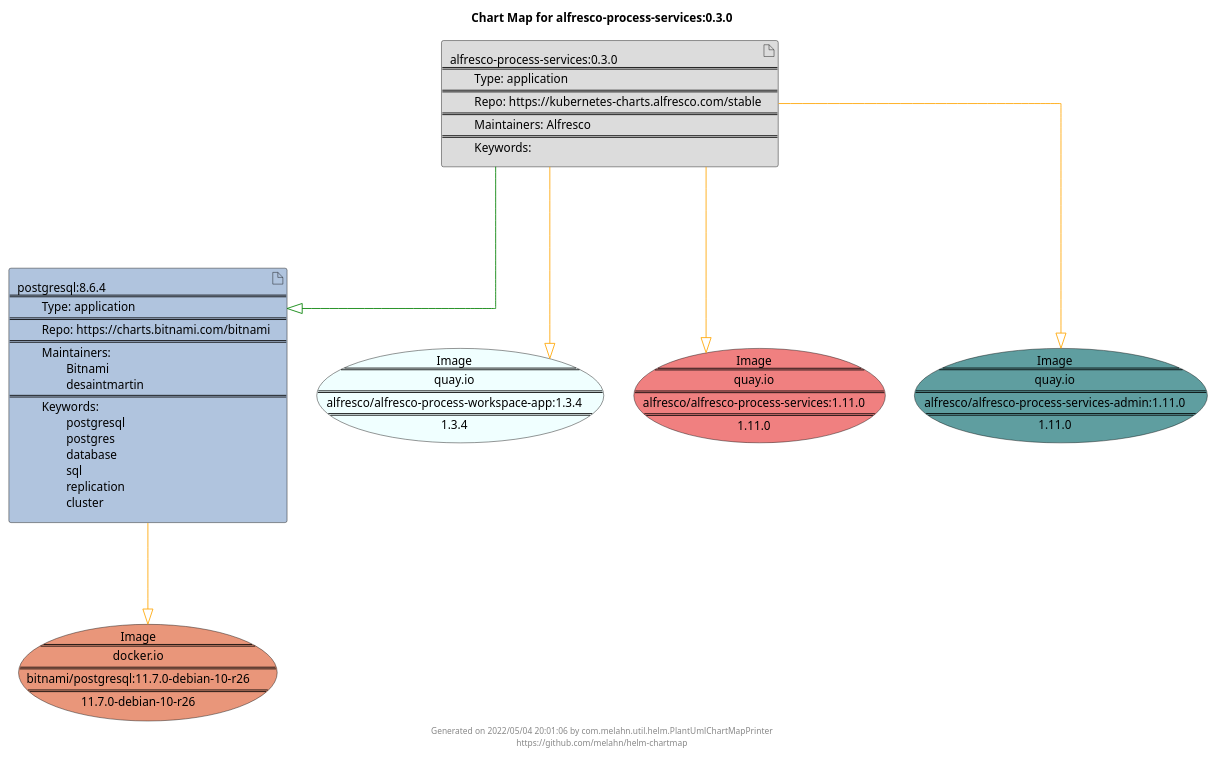
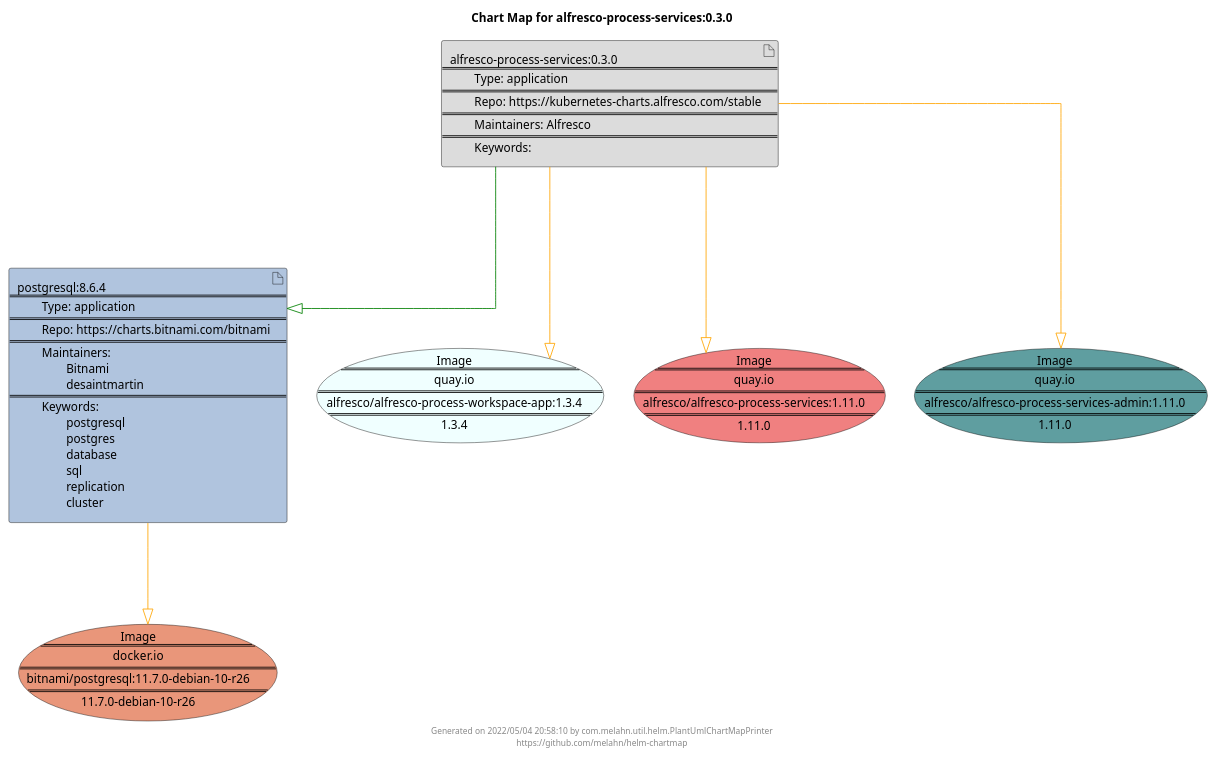
One commit to melahn/helm-chartmap changed the diagram in docs/alfresco-process-services/alfresco-process-services-0.3.0.puml. Above: the diagram before and after it, drawn with PlantUML. The commit also changed 68 other files, not shown here.

Commit message:
Update Example Chart Maps as part of GitHub build

```diff
--- a/docs/alfresco-process-services/alfresco-process-services-0.3.0.puml
+++ b/docs/alfresco-process-services/alfresco-process-services-0.3.0.puml
@@ -1,29 +1,29 @@
 @startuml
 skinparam linetype ortho
 skinparam backgroundColor white
 skinparam usecaseBorderColor black
 skinparam usecaseArrowColor LightSlateGray
 skinparam artifactBorderColor black
 skinparam artifactArrowColor LightSlateGray
 
 title Chart Map for alfresco-process-services:0.3.0
 
 'There are 2 referenced Helm Charts
 artifact "alfresco-process-services:0.3.0\n====\n\tType: application\n====\n\tRepo: https://kubernetes-charts.alfresco.com/stable\n====\n\tMaintainers: Alfresco\n====\n\tKeywords: " as alfresco_process_services_0_3_0 #Gainsboro
 artifact "postgresql:8.6.4\n====\n\tType: application\n====\n\tRepo: https://charts.bitnami.com/bitnami\n====\n\tMaintainers: \n\t\tBitnami\n\t\tdesaintmartin\n====\n\tKeywords: \n\t\tpostgresql\n\t\tpostgres\n\t\tdatabase\n\t\tsql\n\t\treplication\n\t\tcluster" as postgresql_8_6_4 #LightSteelBlue
 
 'There are 4 referenced Docker Images
 usecase "Image\n====\nquay.io\n====\nalfresco/alfresco-process-workspace-app:1.3.4\n====\n1.3.4" as quay_io_alfresco_alfresco_process_workspace_app_1_3_4 #Azure
 usecase "Image\n====\nquay.io\n====\nalfresco/alfresco-process-services:1.11.0\n====\n1.11.0" as quay_io_alfresco_alfresco_process_services_1_11_0 #LightCoral
 usecase "Image\n====\nquay.io\n====\nalfresco/alfresco-process-services-admin:1.11.0\n====\n1.11.0" as quay_io_alfresco_alfresco_process_services_admin_1_11_0 #CadetBlue
 usecase "Image\n====\ndocker.io\n====\nbitnami/postgresql:11.7.0-debian-10-r26\n====\n11.7.0-debian-10-r26" as docker_io_bitnami_postgresql_11_7_0_debian_10_r26 #DarkSalmon
 
 'Chart Dependencies
 alfresco_process_services_0_3_0--[#green]-|>postgresql_8_6_4
 alfresco_process_services_0_3_0--[#orange]-|>quay_io_alfresco_alfresco_process_services_admin_1_11_0
 alfresco_process_services_0_3_0--[#orange]-|>quay_io_alfresco_alfresco_process_workspace_app_1_3_4
 alfresco_process_services_0_3_0--[#orange]-|>quay_io_alfresco_alfresco_process_services_1_11_0
 postgresql_8_6_4--[#orange]-|>docker_io_bitnami_postgresql_11_7_0_debian_10_r26
 
-center footer Generated on 2022/05/04 20:01:06 by com.melahn.util.helm.PlantUmlChartMapPrinter\nhttps://github.com/melahn/helm-chartmap
+center footer Generated on 2022/05/04 20:58:10 by com.melahn.util.helm.PlantUmlChartMapPrinter\nhttps://github.com/melahn/helm-chartmap
 @enduml
```
